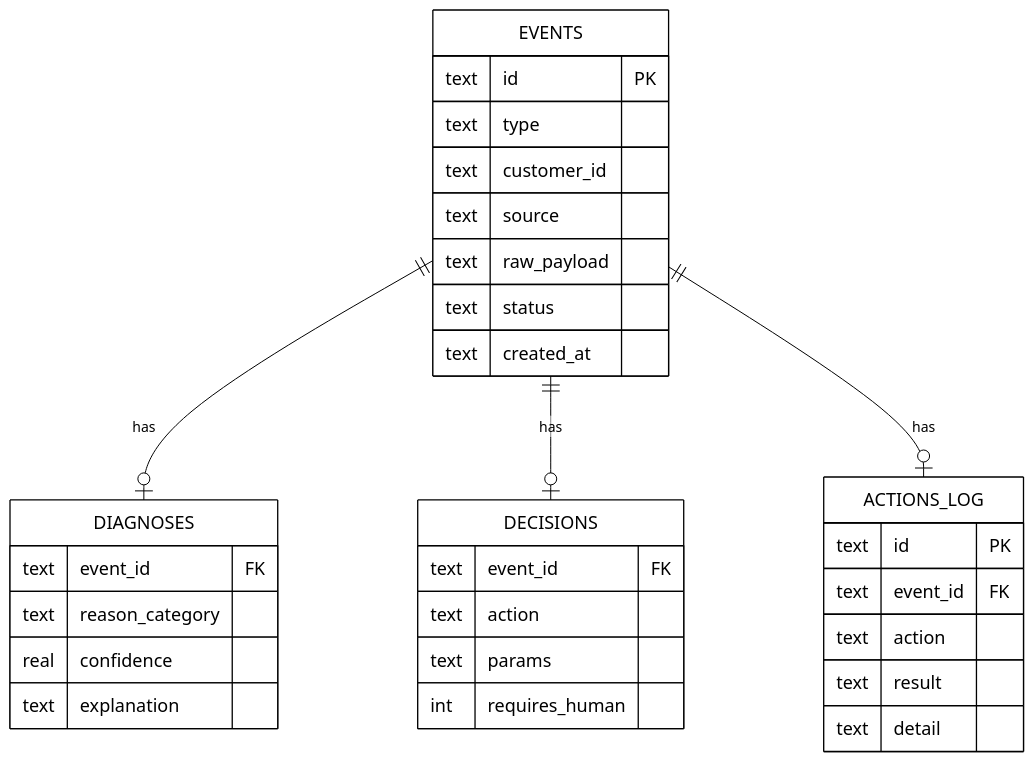
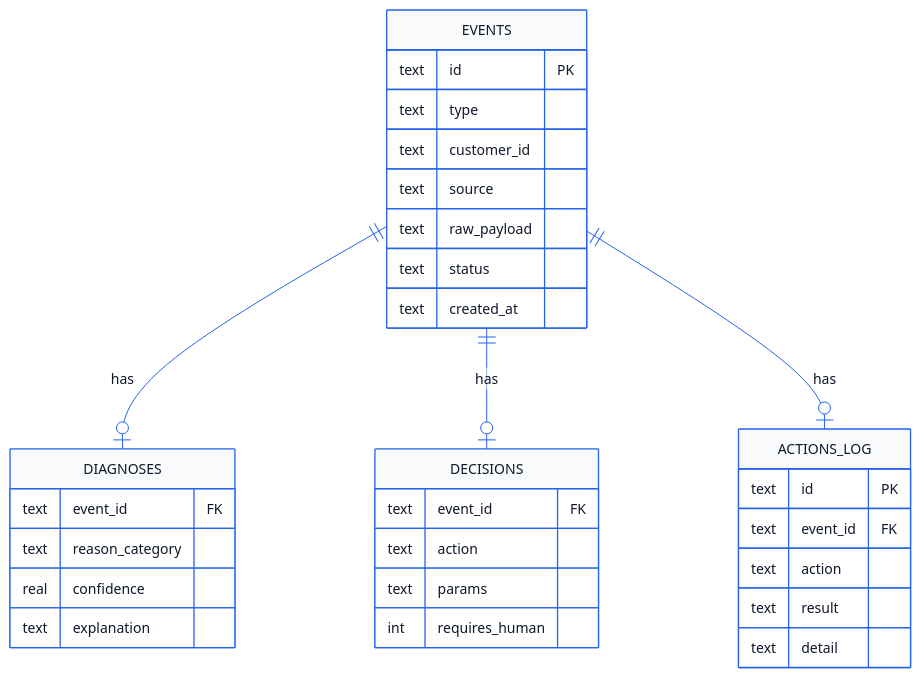
The third of 3 diagrams in README.md (balamuralidharnollu2-svg/AI-REVENUE), drawn with Mermaid before and after one commit. The commit also changed other lines of this file, not shown here.

Commit message:
Enhance Mermaid diagram contrast and arrow visibility with vibrant colors

````diff
--- a/README.md
+++ b/README.md
@@ -120,47 +123,46 @@
 ```mermaid
 %%{init: {
   "theme": "base",
   "themeVariables": {
-    "background": "#ffffff",
-    "primaryColor": "#ffffff",
-    "primaryBorderColor": "#000000",
-    "primaryTextColor": "#000000",
-    "lineColor": "#000000",
-    "textColor": "#000000",
-    "fontSize": "18px"
+    "lineColor": "#2563eb",
+    "primaryColor": "#f8fafc",
+    "primaryBorderColor": "#2563eb",
+    "primaryTextColor": "#0f172a",
+    "textColor": "#0f172a",
+    "fontSize": "14px"
   }
 }}%%
 erDiagram
     EVENTS ||--o| DIAGNOSES : has
     EVENTS ||--o| DECISIONS : has
     EVENTS ||--o| ACTIONS_LOG : has
 
     EVENTS {
         text id PK
         text type
         text customer_id
         text source
         text raw_payload
         text status
         text created_at
     }
     DIAGNOSES {
         text event_id FK
         text reason_category
         real confidence
         text explanation
     }
     DECISIONS {
         text event_id FK
         text action
         text params
         int requires_human
     }
     ACTIONS_LOG {
         text id PK
         text event_id FK
         text action
         text result
         text detail
     }
 ```
````
